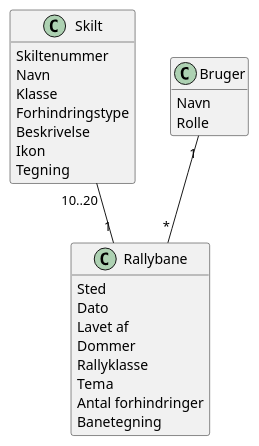
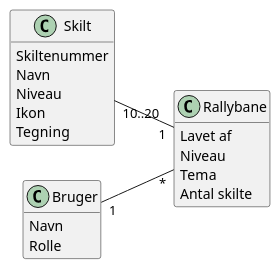
Before and after one commit to DMOoF23-Team8/Projekt: the diagram in docs/erd.puml, drawn with PlantUML.

```diff
--- a/docs/erd.puml
+++ b/docs/erd.puml
@@ -1,29 +1,26 @@
 @startuml erd
+left to right direction
+
 class Skilt {
     Skiltenummer
     Navn
-    Klasse
-    Forhindringstype
-    Beskrivelse
+    Niveau
     Ikon
     Tegning
-    }
-class Rallybane {
-    Sted
-    Dato
-    Lavet af
-    Dommer
-    Rallyklasse
-    Tema
-    Antal forhindringer
-    Banetegning
     }
 class Bruger {
     Navn
     Rolle
     }
+class Rallybane {
+    Lavet af
+    Niveau
+    Tema
+    Antal skilte
+    }
+
 Bruger "1" -- "*" Rallybane
 Skilt "10..20" -- "1" Rallybane
 
 hide methods
 @enduml
```
